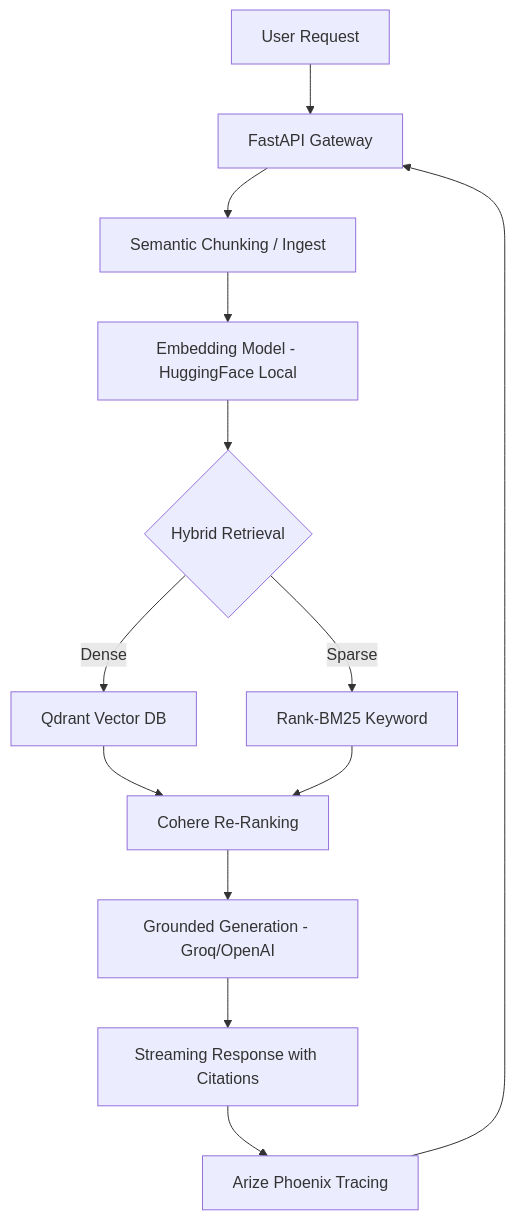
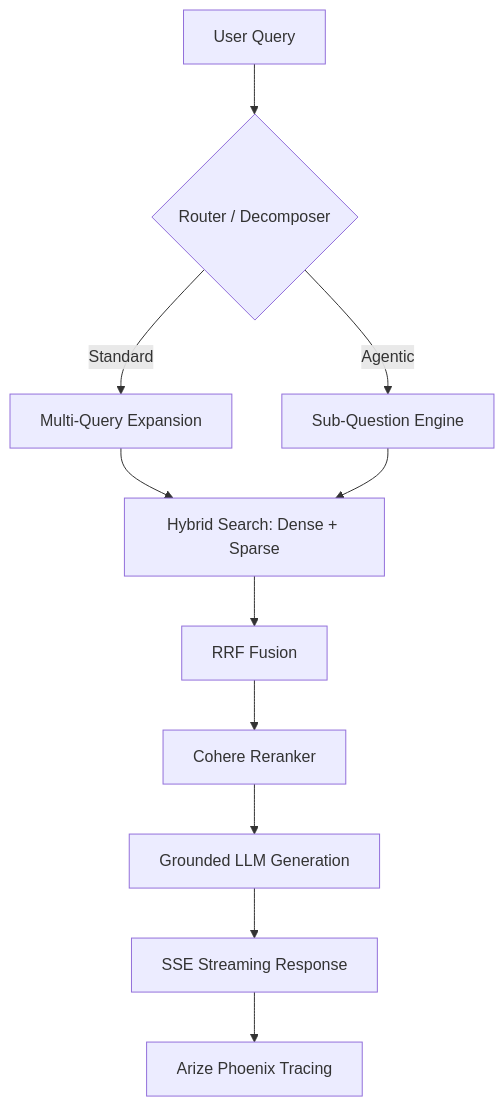
Before and after one commit to VptrCipher/rag-production-system: the diagram in README.md, drawn with Mermaid. The commit also changed other lines of this file, not shown here.

````diff
--- a/README.md
+++ b/README.md
@@ -38,15 +62,13 @@
 ```mermaid
 graph TD
-    A[User Request] --> B[FastAPI Gateway]
-    B --> C[Semantic Chunking / Ingest]
-    C --> D[Embedding Model - HuggingFace Local]
-    D --> E{Hybrid Retrieval}
-    E -->|Dense| F[Qdrant Vector DB]
-    E -->|Sparse| G[Rank-BM25 Keyword]
-    F --> H[Cohere Re-Ranking]
-    G --> H
-    H --> I[Grounded Generation - Groq/OpenAI]
-    I --> J[Streaming Response with Citations]
-    J --> K[Arize Phoenix Tracing]
-    K --> B
+    A[User Query] --> B{Router / Decomposer}
+    B -- Standard --> C[Multi-Query Expansion]
+    B -- Agentic --> D[Sub-Question Engine]
+    C --> E[Hybrid Search: Dense + Sparse]
+    E --> F[RRF Fusion]
+    F --> G[Cohere Reranker]
+    G --> H[Grounded LLM Generation]
+    H --> I[SSE Streaming Response]
+    I --> J[Arize Phoenix Tracing]
+    D --> E
 ```
````
